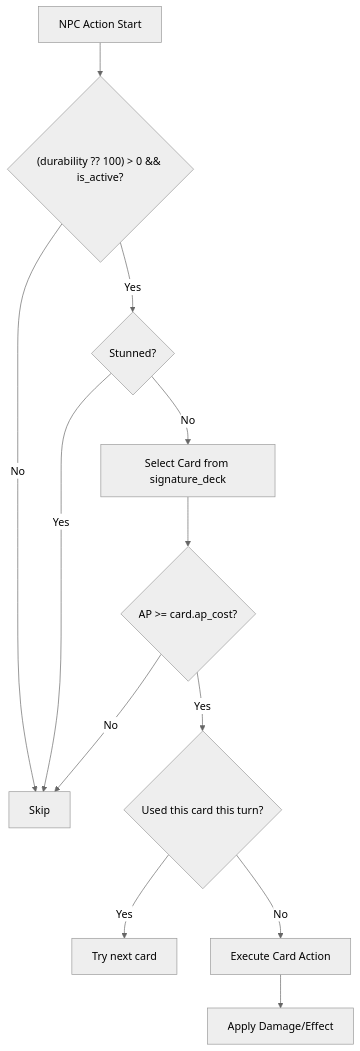
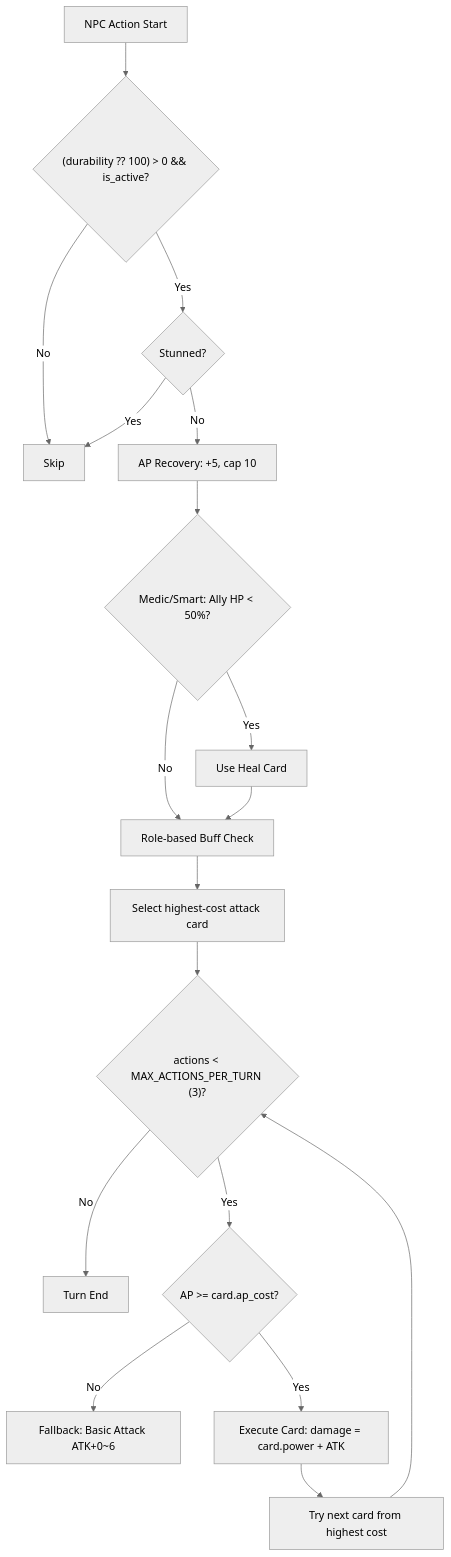
The diagram in docs/spec_v3_addendum_npc_ai.md (kiyoshikitamura/code-wirth-dawn), drawn with Mermaid (neutral theme) before and after one commit. The commit also changed other lines of this file and 272 other files, not shown here.

````diff
--- a/docs/spec_v3_addendum_npc_ai.md
+++ b/docs/spec_v3_addendum_npc_ai.md
@@ -81,14 +86,20 @@
 ```mermaid
 flowchart TD
     Start["NPC Action Start"] --> CheckAlive{"(durability ?? 100) > 0 && is_active?"}
     CheckAlive -->|No| Skip["Skip"]
     CheckAlive -->|Yes| CheckStun{"Stunned?"}
     CheckStun -->|Yes| Skip
-    CheckStun -->|No| SelectCard["Select Card from signature_deck"]
-    SelectCard --> CheckAP{"AP >= card.ap_cost?"}
-    CheckAP -->|No| Skip
-    CheckAP -->|Yes| CheckUsed{"Used this card this turn?"}
-    CheckUsed -->|Yes| TryAnother["Try next card"]
-    CheckUsed -->|No| Execute["Execute Card Action"]
-    Execute --> ApplyDamage["Apply Damage/Effect"]
+    CheckStun -->|No| APRecovery["AP Recovery: +5, cap 10"]
+    APRecovery --> EmergencyHeal{"Medic/Smart: Ally HP < 50%?"}
+    EmergencyHeal -->|Yes| UseHealCard["Use Heal Card"]
+    EmergencyHeal -->|No| RoleBuff["Role-based Buff Check"]
+    UseHealCard --> RoleBuff
+    RoleBuff --> SelectCard["Select highest-cost attack card"]
+    SelectCard --> CheckCap{"actions < MAX_ACTIONS_PER_TURN (3)?"}
+    CheckCap -->|No| End["Turn End"]
+    CheckCap -->|Yes| CheckAP{"AP >= card.ap_cost?"}
+    CheckAP -->|No| BasicAttack["Fallback: Basic Attack ATK+0~6"]
+    CheckAP -->|Yes| Execute["Execute Card: damage = card.power + ATK"]
+    Execute --> LoopBack["Try next card from highest cost"]
+    LoopBack --> CheckCap
 ```
````
